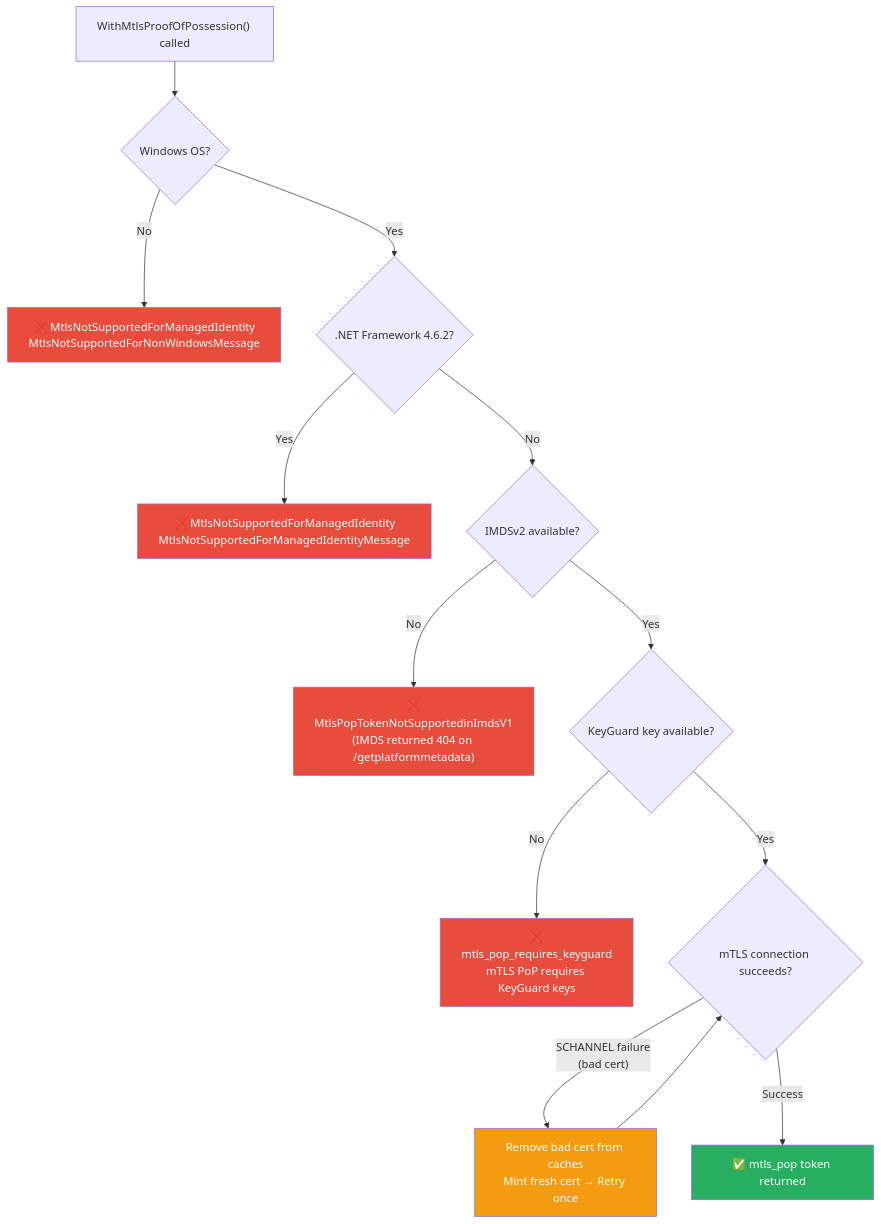
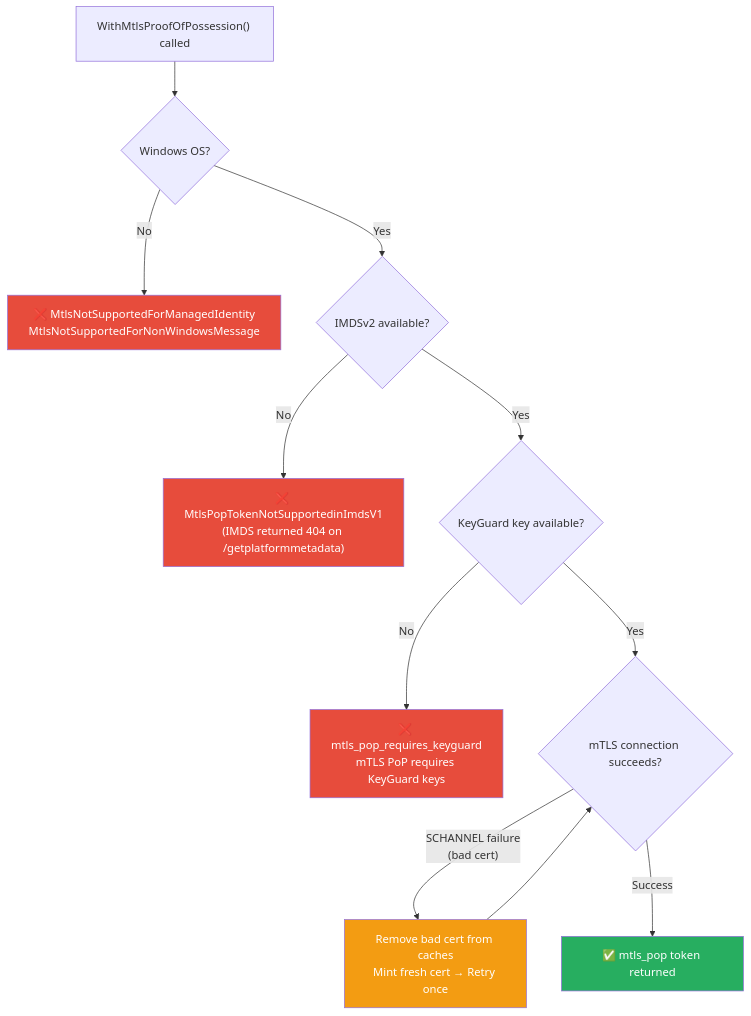
Before and after one commit to AzureAD/microsoft-authentication-library-for-dotnet: the fourth of 4 diagrams in docs/mtlspop_architecture.md, drawn with Mermaid. The commit also changed 23 other files, not shown here.

````diff
--- a/docs/mtlspop_architecture.md
+++ b/docs/mtlspop_architecture.md
@@ -133,32 +133,27 @@
 ```mermaid
 flowchart TD
     Start["WithMtlsProofOfPossession() called"] --> P1
 
     P1{"Windows OS?"}
     P1 -->|No| E1["❌ MtlsNotSupportedForManagedIdentity<br/>MtlsNotSupportedForNonWindowsMessage"]
-    P1 -->|Yes| P2
-
-    P2{".NET Framework 4.6.2?"}
-    P2 -->|Yes| E2["❌ MtlsNotSupportedForManagedIdentity<br/>MtlsNotSupportedForManagedIdentityMessage"]
-    P2 -->|No| P3
+    P1 -->|Yes| P3
 
     P3{"IMDSv2 available?"}
     P3 -->|No| E3["❌ MtlsPopTokenNotSupportedinImdsV1<br/>(IMDS returned 404 on /getplatformmetadata)"]
     P3 -->|Yes| P4
 
     P4{"KeyGuard key available?"}
     P4 -->|No| E4["❌ mtls_pop_requires_keyguard<br/>mTLS PoP requires KeyGuard keys"]
     P4 -->|Yes| P5
 
     P5{"mTLS connection succeeds?"}
     P5 -->|"SCHANNEL failure<br/>(bad cert)"| Retry["Remove bad cert from caches<br/>Mint fresh cert → Retry once"]
     Retry --> P5
     P5 -->|Success| Success["✅ mtls_pop token returned"]
 
     style E1 fill:#e74c3c,color:#fff
-    style E2 fill:#e74c3c,color:#fff
     style E3 fill:#e74c3c,color:#fff
     style E4 fill:#e74c3c,color:#fff
     style Success fill:#27ae60,color:#fff
     style Retry fill:#f39c12,color:#fff
 ```
````
